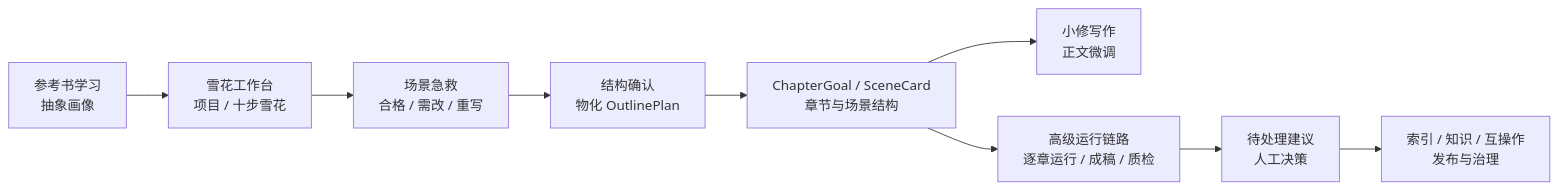
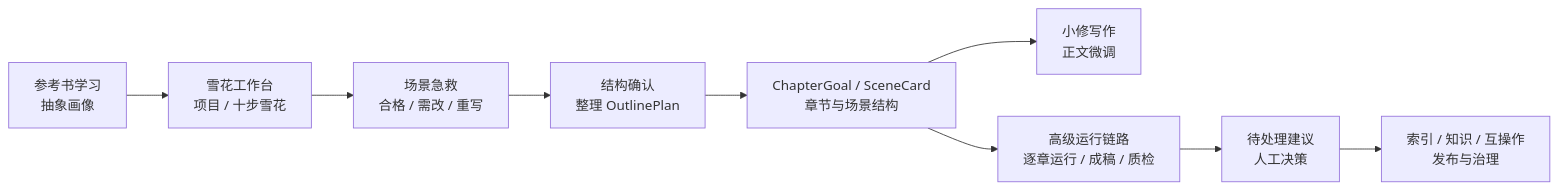
The first of 4 diagrams in docs/operator-manual.md (cocododo-dv/xiaoshuo), drawn with Mermaid before and after one commit. The commit also changed other lines of this file and 28 other files, not shown here.

````diff
--- a/docs/operator-manual.md
+++ b/docs/operator-manual.md
@@ -20,11 +20,11 @@
 ```mermaid
 flowchart LR
     A["雪花工作台<br/>项目 / 十步雪花"] --> B["场景急救<br/>合格 / 需改 / 重写"]
-    B --> C["结构确认<br/>物化 OutlinePlan"]
+    B --> C["结构确认<br/>整理 OutlinePlan"]
     C --> D["ChapterGoal / SceneCard<br/>章节与场景结构"]
     E["参考书学习<br/>抽象画像"] --> A
     D --> F["小修写作<br/>正文微调"]
     D --> G["高级运行链路<br/>逐章运行 / 成稿 / 质检"]
     G --> H["待处理建议<br/>人工决策"]
     H --> I["索引 / 知识 / 互操作<br/>发布与治理"]
 ```
````
